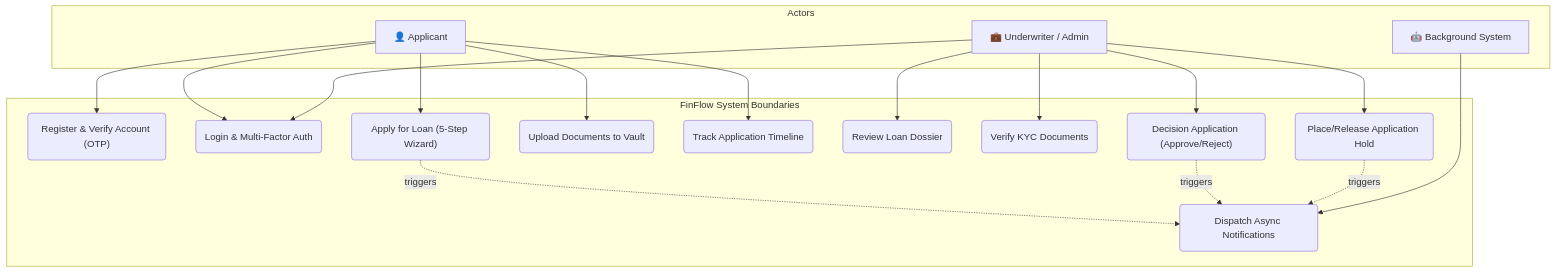
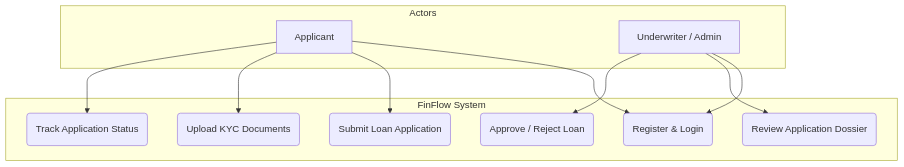
Before and after one commit to durgaaprasadch/FinFlow: the first of 4 diagrams in docs/DESIGN_DIAGRAMS.md, drawn with Mermaid. The commit also changed other lines of this file and 2 other files, not shown here.

````diff
--- a/docs/DESIGN_DIAGRAMS.md
+++ b/docs/DESIGN_DIAGRAMS.md
@@ -10,40 +10,25 @@
 ```mermaid
 graph TD
     subgraph Actors
-        A["👤 Applicant"]
-        AD["💼 Underwriter / Admin"]
-        SYS["🤖 Background System"]
+        A[Applicant]
+        AD[Underwriter / Admin]
     end
 
-    subgraph "FinFlow System Boundaries"
-        UC_Register("Register & Verify Account (OTP)")
-        UC_Login("Login & Multi-Factor Auth")
-        UC_Apply("Apply for Loan (5-Step Wizard)")
-        UC_Upload("Upload Documents to Vault")
-        UC_Track("Track Application Timeline")
-        
-        UC_Review("Review Loan Dossier")
-        UC_Verify("Verify KYC Documents")
-        UC_Decision("Decision Application (Approve/Reject)")
-        UC_Hold("Place/Release Application Hold")
-        
-        UC_Notify("Dispatch Async Notifications")
+    subgraph "FinFlow System"
+        UC_Auth(Register & Login)
+        UC_Submit(Submit Loan Application)
+        UC_Upload(Upload KYC Documents)
+        UC_Track(Track Application Status)
+        UC_Review(Review Application Dossier)
+        UC_Decision(Approve / Reject Loan)
     end
 
-    A --> UC_Register
-    A --> UC_Login
-    A --> UC_Apply
+    A --> UC_Auth
+    A --> UC_Submit
     A --> UC_Upload
     A --> UC_Track
 
-    AD --> UC_Login
+    AD --> UC_Auth
     AD --> UC_Review
-    AD --> UC_Verify
     AD --> UC_Decision
-    AD --> UC_Hold
-
-    UC_Apply -.->|triggers| UC_Notify
-    UC_Decision -.->|triggers| UC_Notify
-    UC_Hold -.->|triggers| UC_Notify
-    SYS --> UC_Notify
 ```
````
